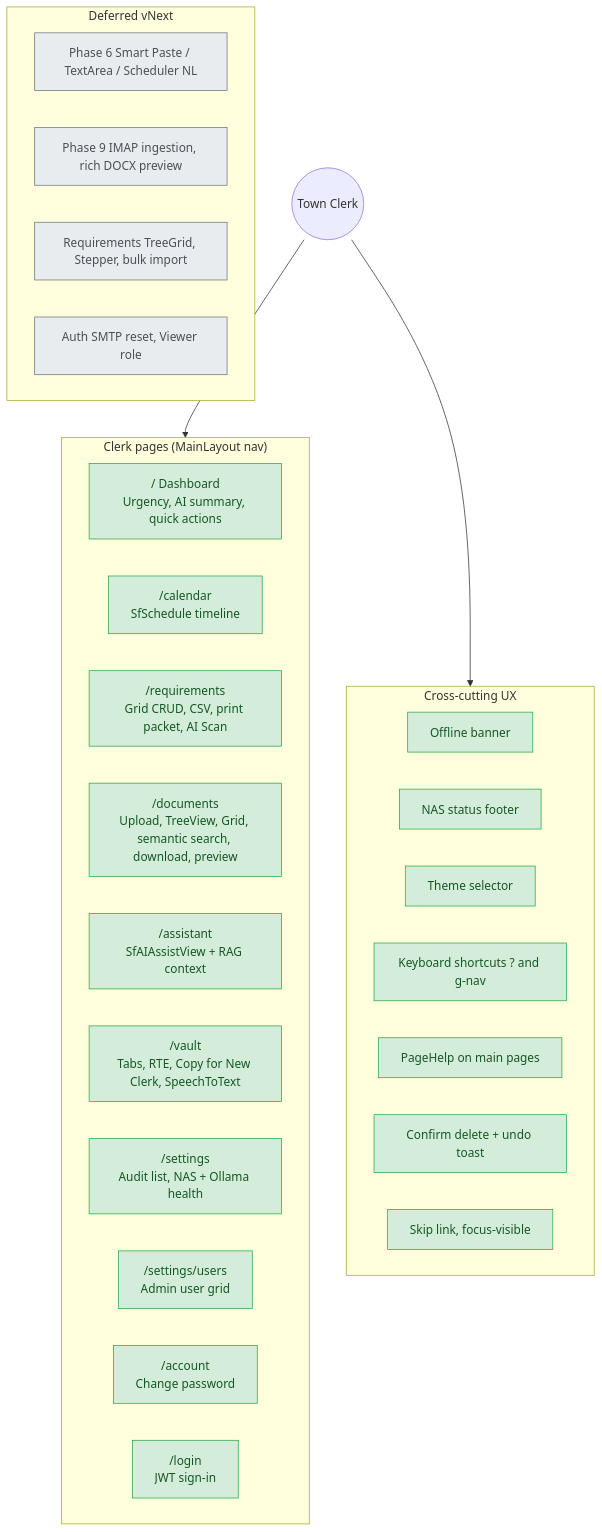
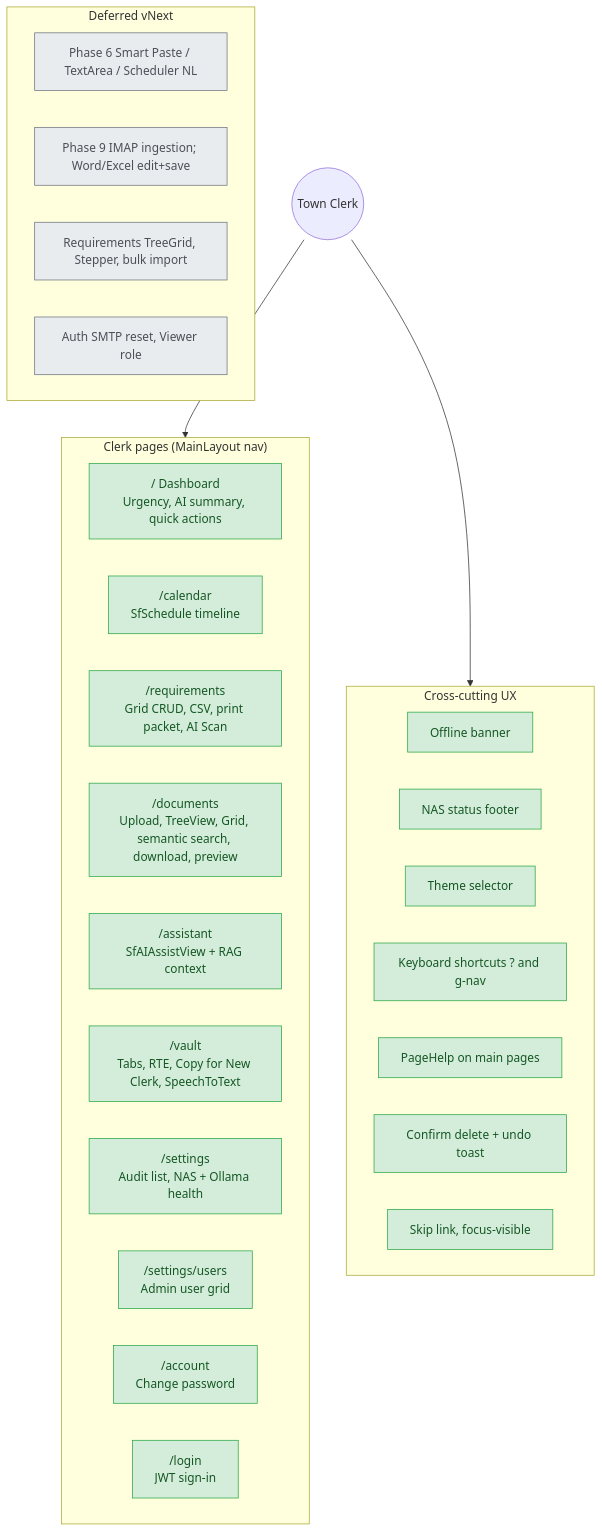
One commit to Bigessfour/TIKR-Town-Institutional-Knowledge-Tracker changed the third of 10 diagrams in docs/architecture.md. Above: the diagram before and after it, drawn with Mermaid. The commit also changed other lines of this file and 160 other files, not shown here.

````diff
--- a/docs/architecture.md
+++ b/docs/architecture.md
@@ -81,41 +81,41 @@
 ```mermaid
 flowchart TB
     subgraph pages["Clerk pages (MainLayout nav)"]
         dash["/ Dashboard<br/>Urgency, AI summary, quick actions"]
         cal["/calendar<br/>SfSchedule timeline"]
         req["/requirements<br/>Grid CRUD, CSV, print packet, AI Scan"]
         docs["/documents<br/>Upload, TreeView, Grid, semantic search, download, preview"]
         asst["/assistant<br/>SfAIAssistView + RAG context"]
         vault["/vault<br/>Tabs, RTE, Copy for New Clerk, SpeechToText"]
         sett["/settings<br/>Audit list, NAS + Ollama health"]
         users["/settings/users<br/>Admin user grid"]
         acct["/account<br/>Change password"]
         login["/login<br/>JWT sign-in"]
     end
 
     subgraph cross["Cross-cutting UX"]
         offline["Offline banner"]
         footer["NAS status footer"]
         theme["Theme selector"]
         keys["Keyboard shortcuts ? and g-nav"]
         help["PageHelp on main pages"]
         del["Confirm delete + undo toast"]
         a11y["Skip link, focus-visible"]
     end
 
     subgraph defer["Deferred vNext"]
         smart["Phase 6 Smart Paste / TextArea / Scheduler NL"]
-        pdf["Phase 9 IMAP ingestion, rich DOCX preview"]
+        pdf["Phase 9 IMAP ingestion; Word/Excel edit+save"]
         req2["Requirements TreeGrid, Stepper, bulk import"]
         authv["Auth SMTP reset, Viewer role"]
     end
 
     clerk((Town Clerk)) --> pages
     clerk --> cross
 
     class dash,cal,req,docs,asst,vault,sett,users,acct,login,offline,footer,theme,keys,help,del,a11y done
     class smart,pdf,req2,authv defer
 
     classDef done fill:#d4edda,stroke:#28a745,color:#155724
     classDef defer fill:#e9ecef,stroke:#6c757d,color:#495057
 ```
````
